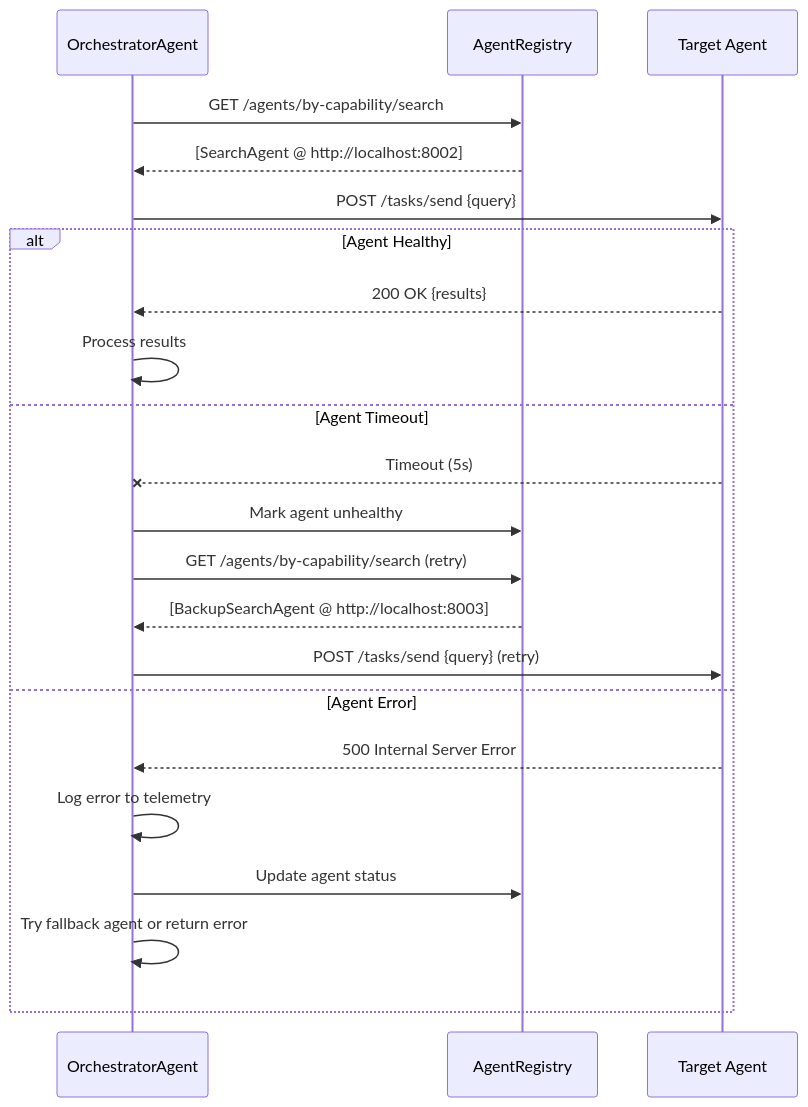
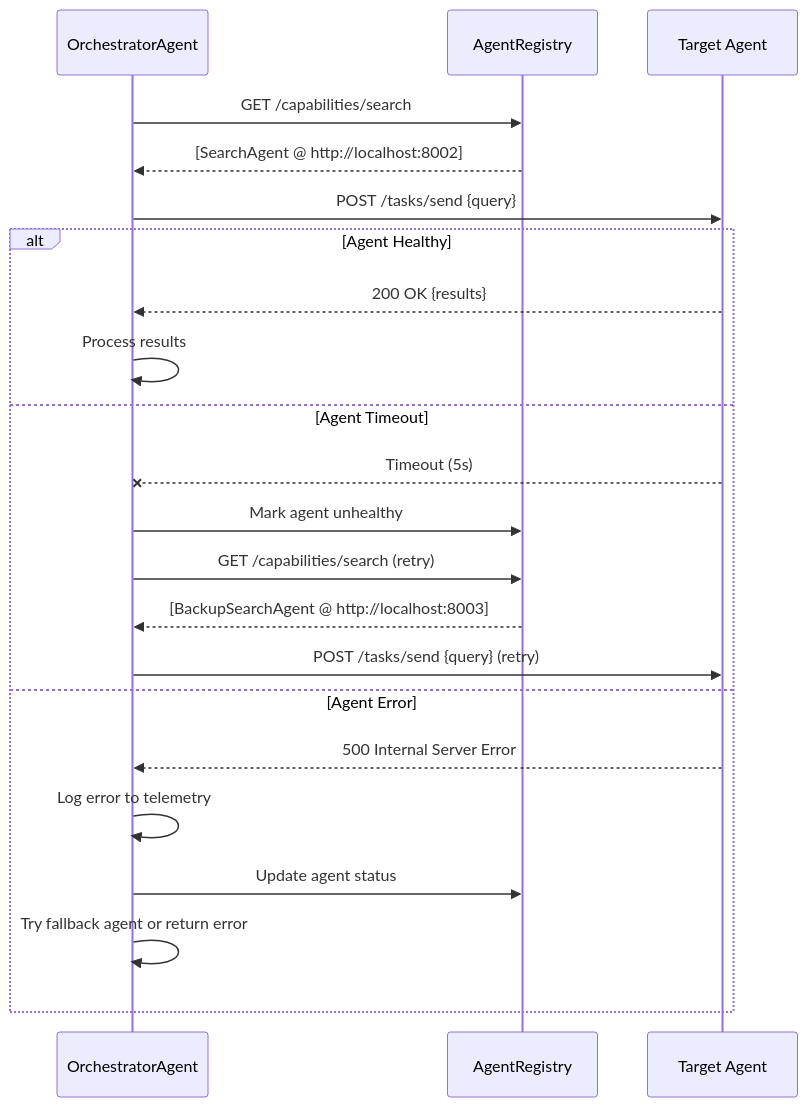
Before and after one commit to amit-jain/cogniverse: the seventh of 8 diagrams in docs/architecture/multi-agent-interactions.md, drawn with Mermaid. The commit also changed other lines of this file and 83 other files, not shown here.

First line of the commit message:
Fix documentation veracity, formatting, and diagrams across all modules

````diff
--- a/docs/architecture/multi-agent-interactions.md
+++ b/docs/architecture/multi-agent-interactions.md
@@ -415,27 +455,27 @@
 ```mermaid
 sequenceDiagram
     participant Orch as OrchestratorAgent
     participant Registry as AgentRegistry
     participant Agent as Target Agent
 
-    Orch->>Registry: GET /agents/by-capability/search
+    Orch->>Registry: GET /capabilities/search
     Registry-->>Orch: [SearchAgent @ http://localhost:8002]
 
     Orch->>Agent: POST /tasks/send {query}
 
     alt Agent Healthy
         Agent-->>Orch: 200 OK {results}
         Orch->>Orch: Process results
     else Agent Timeout
         Agent--xOrch: Timeout (5s)
         Orch->>Registry: Mark agent unhealthy
-        Orch->>Registry: GET /agents/by-capability/search (retry)
+        Orch->>Registry: GET /capabilities/search (retry)
         Registry-->>Orch: [BackupSearchAgent @ http://localhost:8003]
         Orch->>Agent: POST /tasks/send {query} (retry)
     else Agent Error
         Agent-->>Orch: 500 Internal Server Error
         Orch->>Orch: Log error to telemetry
         Orch->>Registry: Update agent status
         Orch->>Orch: Try fallback agent or return error
     end
 ```
````
